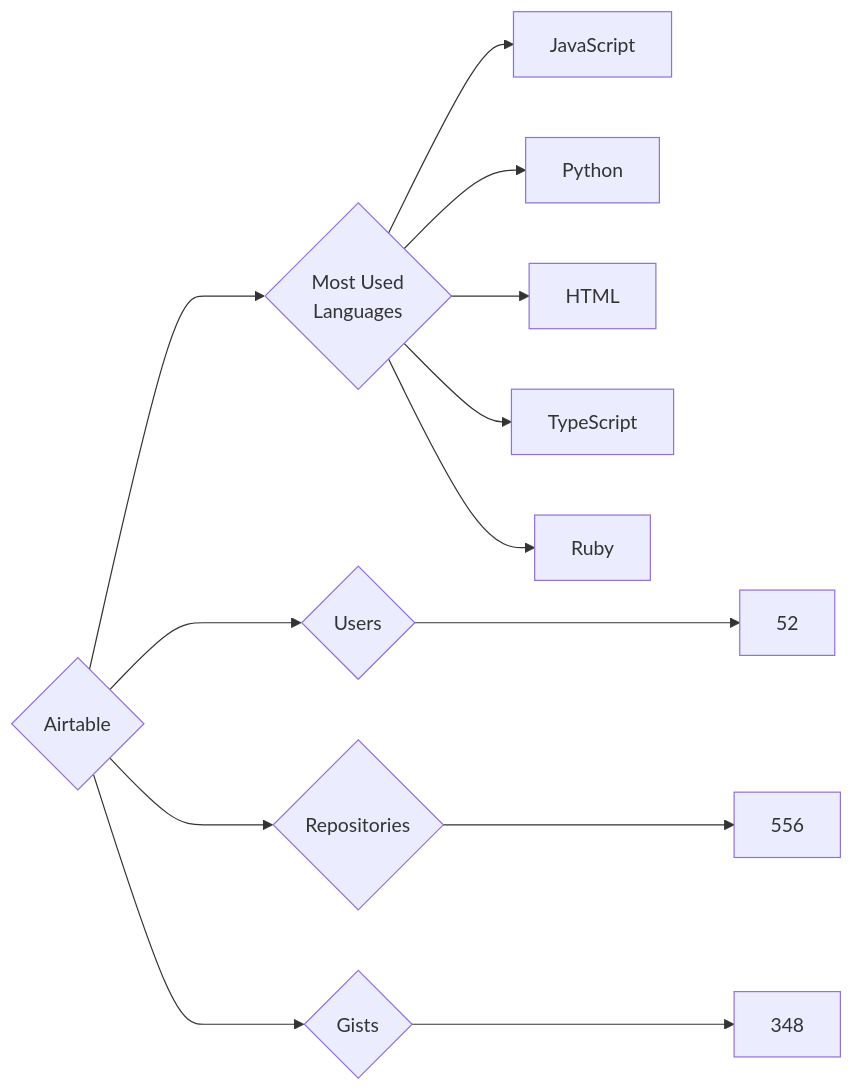
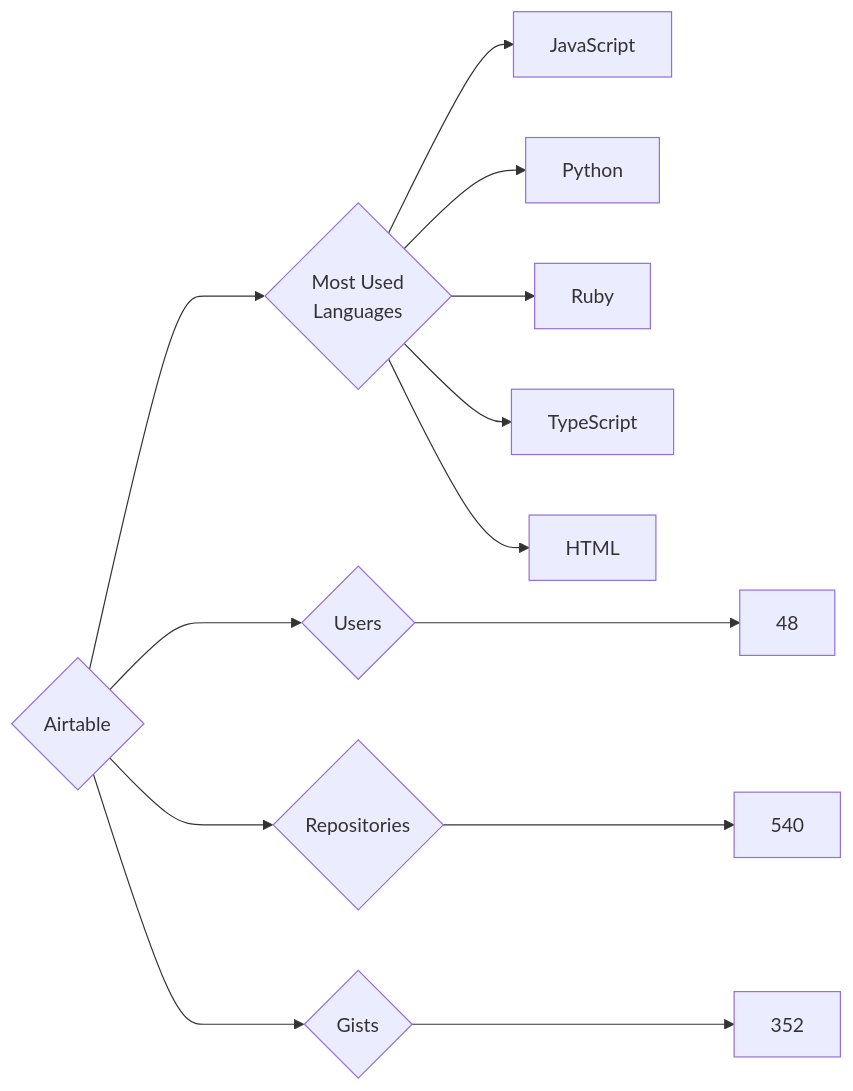
One commit to trickest/insiders changed the diagram in targets/Airtable/README.md. Above: the diagram before and after it, drawn with Mermaid. The commit also changed 782 other files, not shown here.

````diff
--- a/targets/Airtable/README.md
+++ b/targets/Airtable/README.md
@@ -3,13 +3,13 @@
 ```mermaid
 graph LR
 COMPANY_NAME{Airtable}
-COMPANY_NAME ---> U{Users} ---> UN[52]
-COMPANY_NAME ---> R{Repositories} ---> RN[556]
-COMPANY_NAME ---> G{Gists} ---> GN[348]
+COMPANY_NAME ---> U{Users} ---> UN[48]
+COMPANY_NAME ---> R{Repositories} ---> RN[540]
+COMPANY_NAME ---> G{Gists} ---> GN[352]
 COMPANY_NAME ---> ML{Most Used<br>Languages}
 ML --> JavaScript[JavaScript]
 ML --> Python[Python]
+ML --> Ruby[Ruby]
+ML --> TypeScript[TypeScript]
 ML --> HTML[HTML]
-ML --> TypeScript[TypeScript]
-ML --> Ruby[Ruby]
 ```
````
